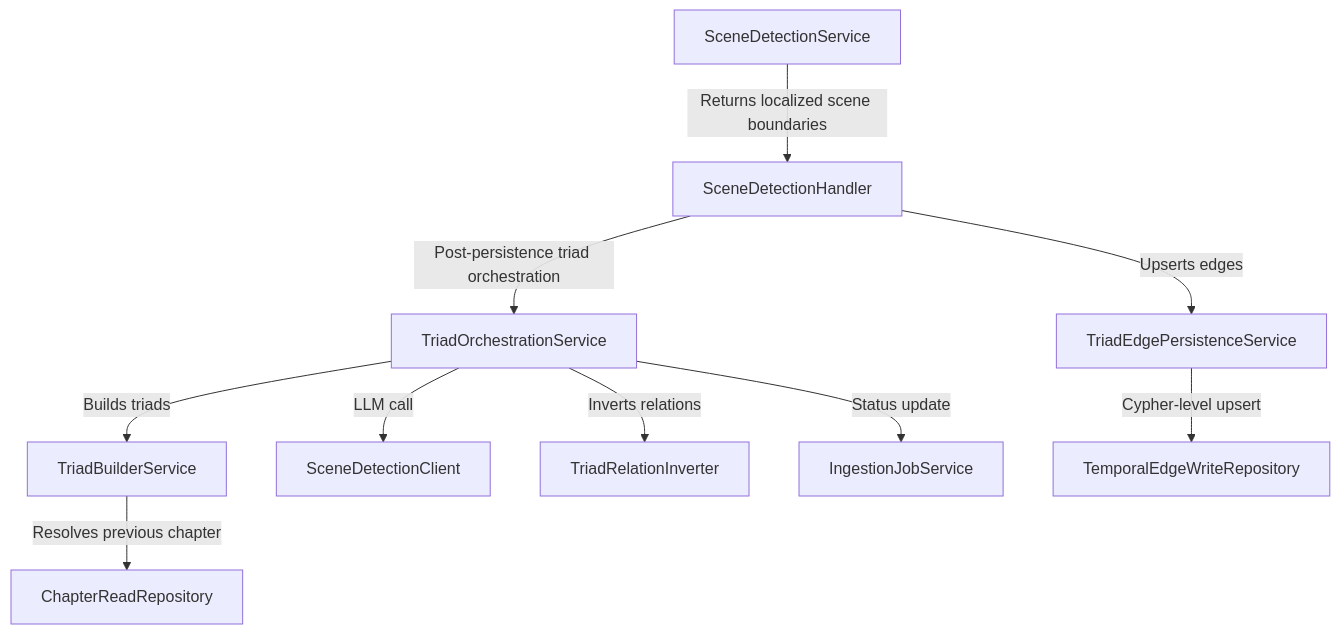
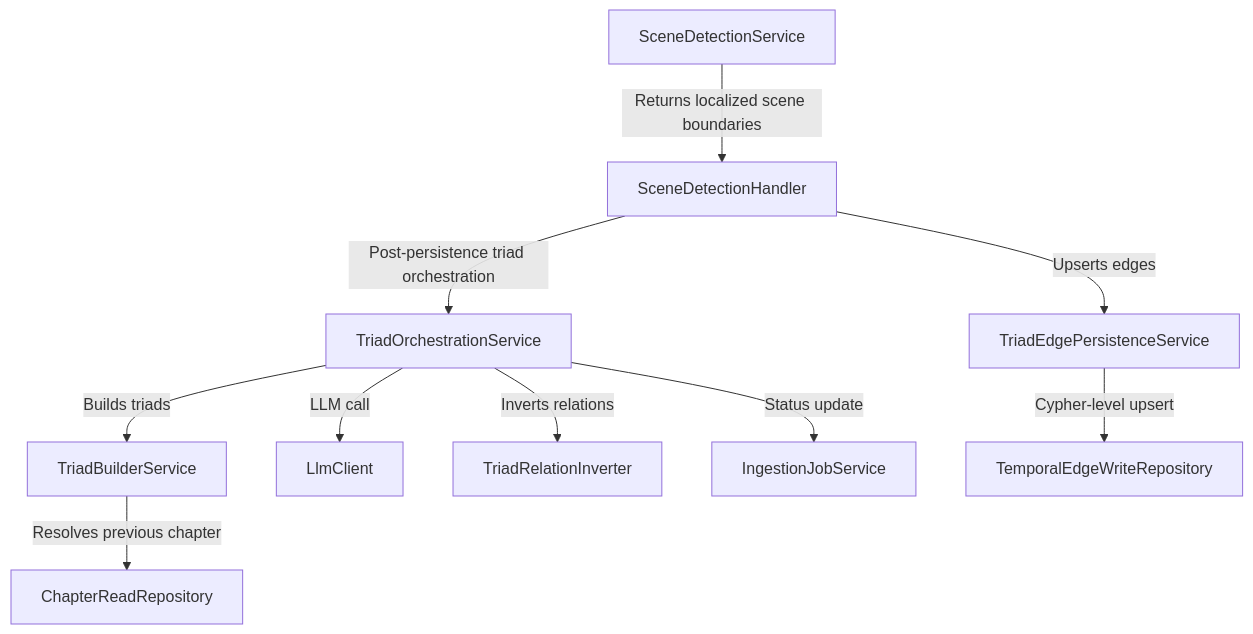
One commit to chaixdev/lorevault-kb changed the first of 2 diagrams in docs/patterns/ingestion/triad-analysis.md. Above: the diagram before and after it, drawn with Mermaid. The commit also changed other lines of this file and 8 other files, not shown here.

````diff
--- a/docs/patterns/ingestion/triad-analysis.md
+++ b/docs/patterns/ingestion/triad-analysis.md
@@ -15,12 +15,12 @@
 ```mermaid
 graph TD
     SDService["SceneDetectionService"] -->|"Returns localized scene boundaries"| SDH["SceneDetectionHandler"]
     SDH -->|"Post-persistence triad orchestration"| TOService["TriadOrchestrationService"]
     TOService -->|"Builds triads"| TBService["TriadBuilderService"]
     TBService -->|"Resolves previous chapter"| CRRepo["ChapterReadRepository"]
-    TOService -->|"LLM call"| SDClient["SceneDetectionClient"]
+    TOService -->|"LLM call"| SDClient["LlmClient"]
     TOService -->|"Inverts relations"| TRInverter["TriadRelationInverter"]
     TOService -->|"Status update"| IJService["IngestionJobService"]
     SDH -->|"Upserts edges"| TEPService["TriadEdgePersistenceService"]
     TEPService -->|"Cypher-level upsert"| TEWRepo["TemporalEdgeWriteRepository"]
 ```
````
